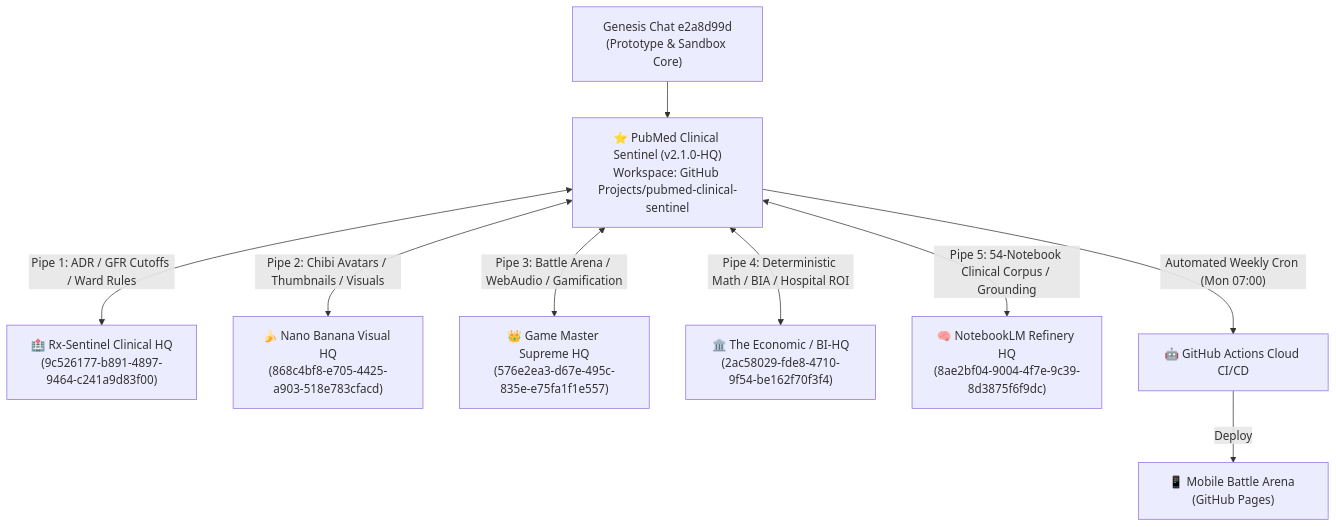
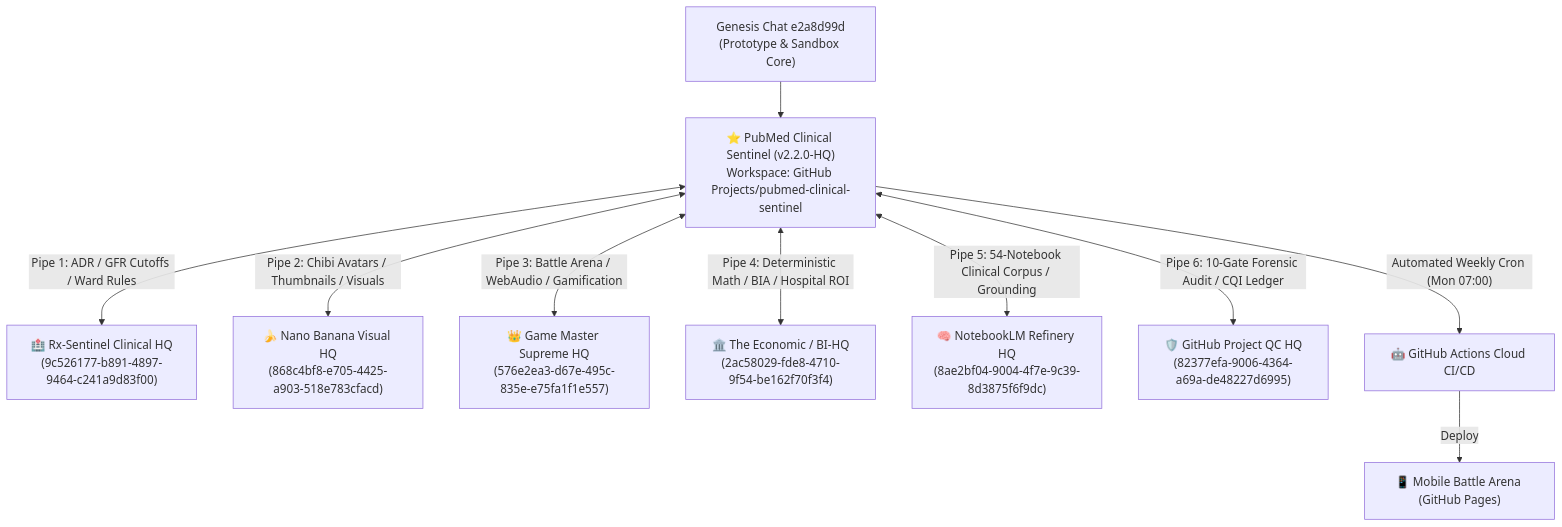
Before and after one commit to NutCodeLaw/pubmed-clinical-sentinel: the diagram in ALLIED_HQ_HANDSHAKE_REGISTRY.md, drawn with Mermaid. The commit also changed other lines of this file and 7 other files, not shown here.

````diff
--- a/ALLIED_HQ_HANDSHAKE_REGISTRY.md
+++ b/ALLIED_HQ_HANDSHAKE_REGISTRY.md
@@ -15,13 +15,14 @@
 ```mermaid
 flowchart TD
-    Origin["Genesis Chat e2a8d99d<br/>(Prototype & Sandbox Core)"] --> Sentinel["⭐ PubMed Clinical Sentinel (v2.1.0-HQ)<br/>Workspace: GitHub Projects/pubmed-clinical-sentinel"]
+    Origin["Genesis Chat e2a8d99d<br/>(Prototype & Sandbox Core)"] --> Sentinel["⭐ PubMed Clinical Sentinel (v2.2.0-HQ)<br/>Workspace: GitHub Projects/pubmed-clinical-sentinel"]
     
     Sentinel <-->|"Pipe 1: ADR / GFR Cutoffs / Ward Rules"| RxHQ["🏥 Rx-Sentinel Clinical HQ<br/>(9c526177-b891-4897-9464-c241a9d83f00)"]
     Sentinel <-->|"Pipe 2: Chibi Avatars / Thumbnails / Visuals"| VisualHQ["🍌 Nano Banana Visual HQ<br/>(868c4bf8-e705-4425-a903-518e783cfacd)"]
     Sentinel <-->|"Pipe 3: Battle Arena / WebAudio / Gamification"| GameHQ["👑 Game Master Supreme HQ<br/>(576e2ea3-d67e-495c-835e-e75fa1f1e557)"]
     Sentinel <-->|"Pipe 4: Deterministic Math / BIA / Hospital ROI"| BIHQ["🏛️ The Economic / BI-HQ<br/>(2ac58029-fde8-4710-9f54-be162f70f3f4)"]
     Sentinel <-->|"Pipe 5: 54-Notebook Clinical Corpus / Grounding"| NLMHQ["🧠 NotebookLM Refinery HQ<br/>(8ae2bf04-9004-4f7e-9c39-8d3875f6f9dc)"]
+    Sentinel <-->|"Pipe 6: 10-Gate Forensic Audit / CQI Ledger"| QCHQ["🛡️ GitHub Project QC HQ<br/>(82377efa-9006-4364-a69a-de48227d6995)"]
     
     Sentinel -->|"Automated Weekly Cron (Mon 07:00)"| GHA["🤖 GitHub Actions Cloud CI/CD"]
     GHA -->|"Deploy"| Pages["📱 Mobile Battle Arena (GitHub Pages)"]
 ```
````
